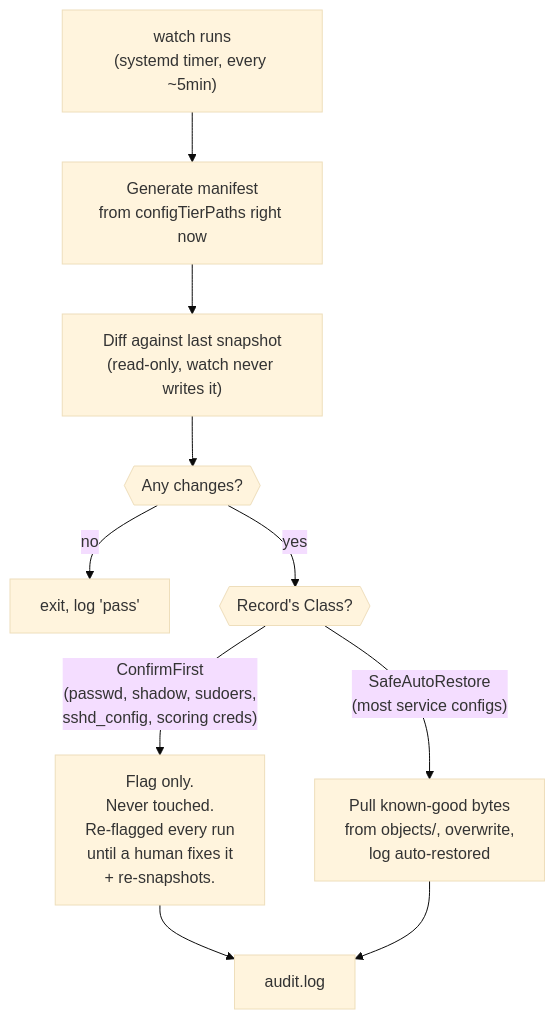
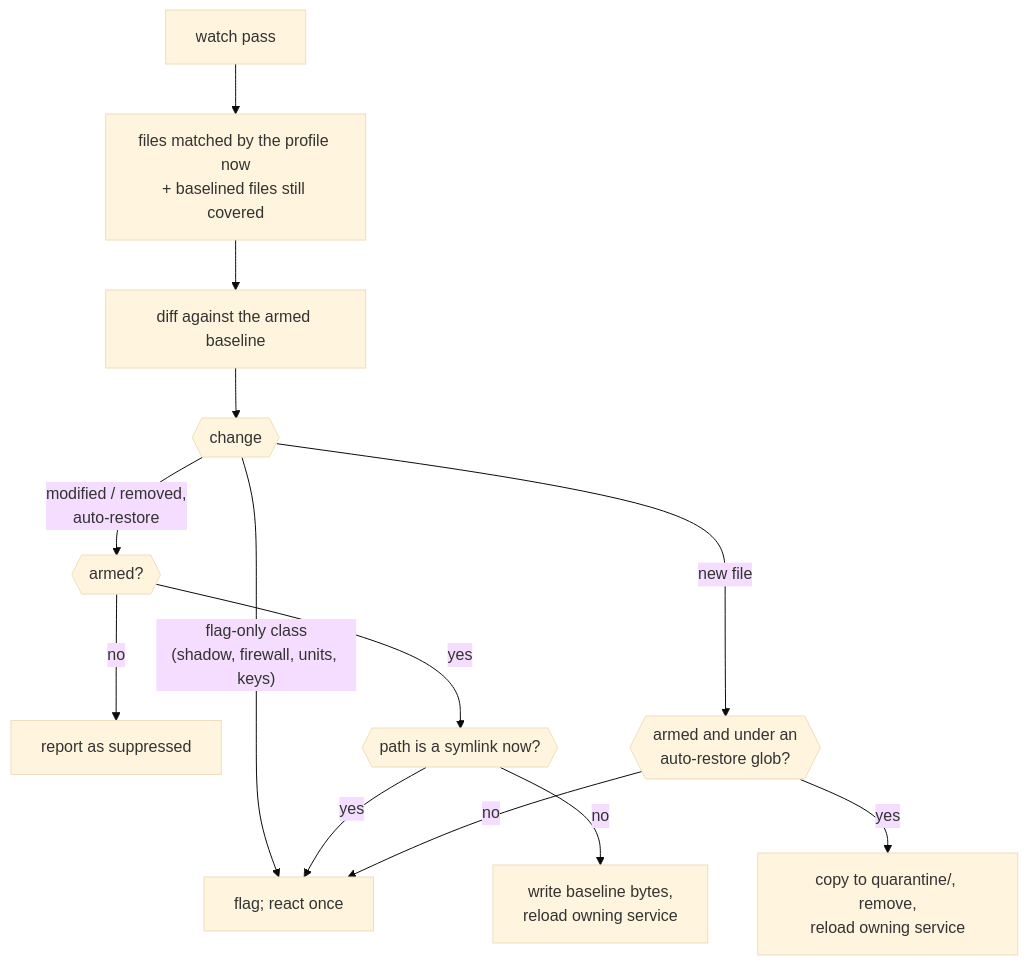
One commit to cofcsecurity/warden changed the third of 5 diagrams in docs/ARCHITECTURE.md. Above: the diagram before and after it, drawn with Mermaid (base theme). The commit also changed other lines of this file and 118 other files, not shown here.

````diff
--- a/docs/ARCHITECTURE.md
+++ b/docs/ARCHITECTURE.md
@@ -163,12 +85,15 @@
 ```mermaid
 flowchart TD
-    Start["watch runs\n(systemd timer, every ~5min)"] --> Gen["Generate manifest\nfrom configTierPaths right now"]
-    Gen --> Diff["Diff against last snapshot\n(read-only, watch never writes it)"]
-    Diff --> Changed{{"Any changes?"}}
-    Changed -- no --> Exit["exit, log 'pass'"]
-    Changed -- yes --> Class{{"Record's Class?"}}
-    Class -- "ConfirmFirst\n(passwd, shadow, sudoers,\nsshd_config, scoring creds)" --> Flag["Flag only.\nNever touched.\nRe-flagged every run\nuntil a human fixes it\n+ re-snapshots."]
-    Class -- "SafeAutoRestore\n(most service configs)" --> Restore["Pull known-good bytes\nfrom objects/, overwrite,\nlog auto-restored"]
-    Flag --> AuditLog["audit.log"]
-    Restore --> AuditLog
+    Start["watch pass"] --> Gen["files matched by the profile now\n+ baselined files still covered"]
+    Gen --> Diff["diff against the armed baseline"]
+    Diff --> Kind{{"change"}}
+    Kind -- "flag-only class\n(shadow, firewall, units, keys)" --> Flag["flag; react once"]
+    Kind -- "modified / removed,\nauto-restore" --> Armed{{"armed?"}}
+    Armed -- no --> Sup["report as suppressed"]
+    Armed -- yes --> Link{{"path is a symlink now?"}}
+    Link -- yes --> Flag
+    Link -- no --> Restore["write baseline bytes,\nreload owning service"]
+    Kind -- "new file" --> Q{{"armed and under an\nauto-restore glob?"}}
+    Q -- yes --> Quar["copy to quarantine/, remove,\nreload owning service"]
+    Q -- no --> Flag
 ```
````
